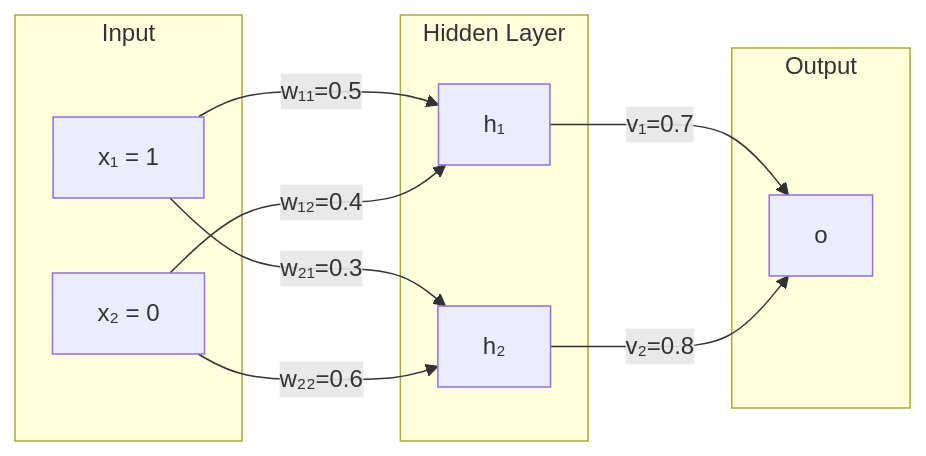
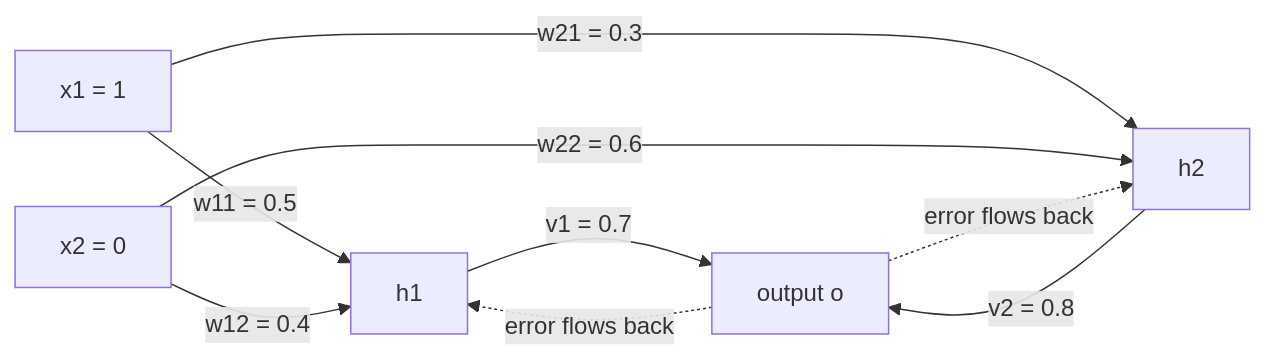
The diagram in src/data/blog/fundamentals/backpropagation-mlp-math-derivation.md (gopikrishtummala/gopikrishtummala.github.io), drawn with Mermaid before and after one commit. The commit also changed other lines of this file, not shown here.

````diff
--- a/src/data/blog/fundamentals/backpropagation-mlp-math-derivation.md
+++ b/src/data/blog/fundamentals/backpropagation-mlp-math-derivation.md
@@ -244,23 +37,11 @@
 ```mermaid
-graph LR
-    subgraph "Input"
-        X1["x₁ = 1"]
-        X2["x₂ = 0"]
-    end
-    
-    subgraph "Hidden Layer"
-        H1["h₁"]
-        H2["h₂"]
-    end
-    
-    subgraph "Output"
-        O["o"]
-    end
-    
-    X1 -->|"w₁₁=0.5"| H1
-    X1 -->|"w₂₁=0.3"| H2
-    X2 -->|"w₁₂=0.4"| H1
-    X2 -->|"w₂₂=0.6"| H2
-    H1 -->|"v₁=0.7"| O
-    H2 -->|"v₂=0.8"| O
+flowchart LR
+  X1["x1 = 1"] -->|"w11 = 0.5"| H1["h1"]
+  X1 -->|"w21 = 0.3"| H2["h2"]
+  X2["x2 = 0"] -->|"w12 = 0.4"| H1
+  X2 -->|"w22 = 0.6"| H2
+  H1 -->|"v1 = 0.7"| O["output o"]
+  H2 -->|"v2 = 0.8"| O
+  O -.->|"error flows back"| H1
+  O -.->|"error flows back"| H2
 ```
````
